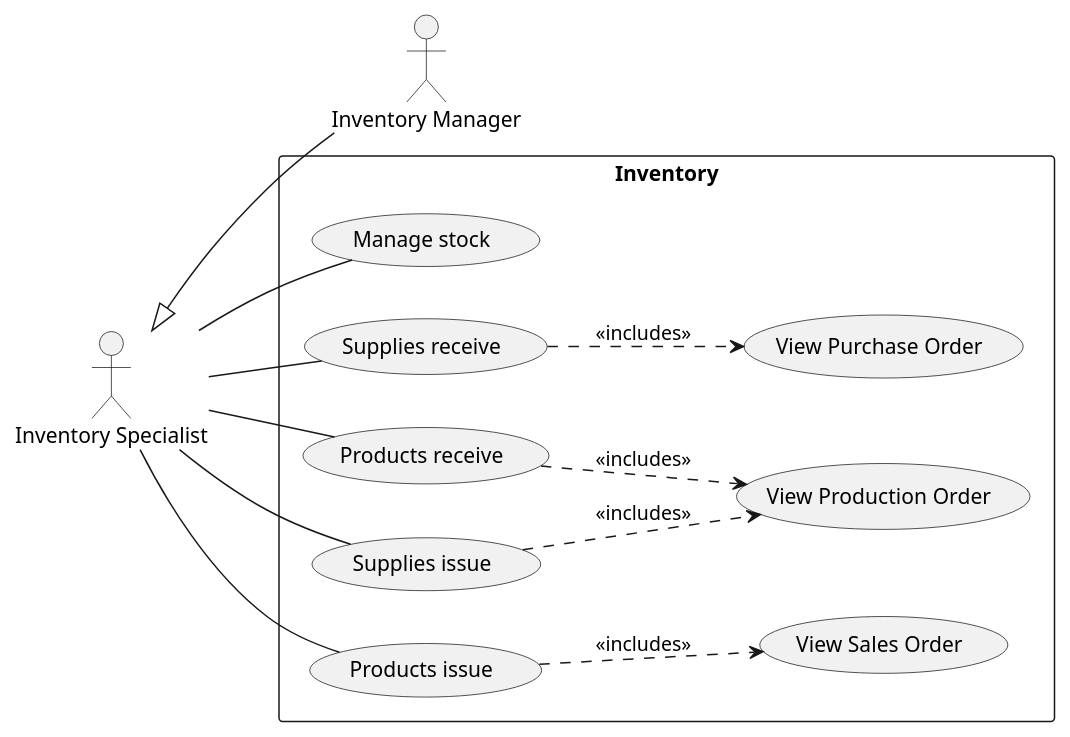
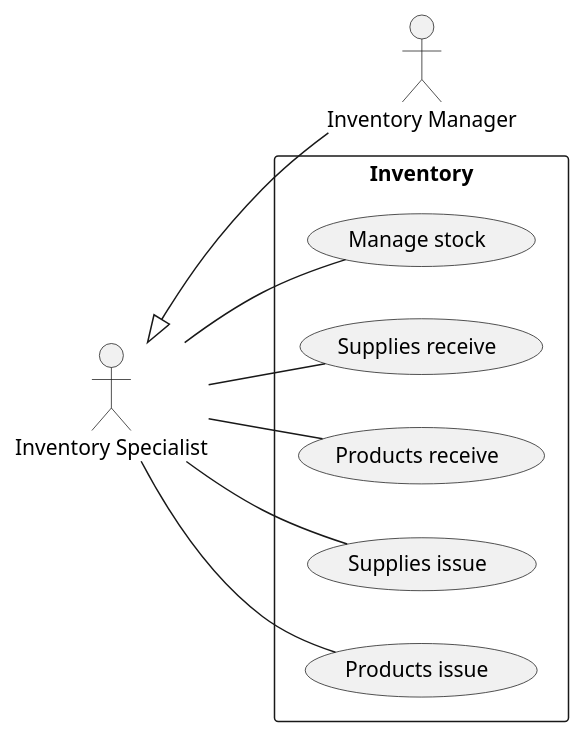
The diagram in use-cases/inventory.plantuml (phihungha/scmss-reqs), drawn with PlantUML before and after one commit. The commit also changed 1 other file, not shown here.

```diff
--- a/use-cases/inventory.plantuml
+++ b/use-cases/inventory.plantuml
@@ -1,21 +1,15 @@
 @startuml inventory
 left to right direction
 
 :Inventory Manager: as im
 :Inventory Specialist: as is
 is <|-- im
 
 rectangle Inventory {
     is -- (Manage stock)
-
     is -- (Supplies receive)
-    (Supplies receive) ..> (View Purchase Order) : <<includes>>
     is -- (Products receive)
-    (Products receive) ..> (View Production Order) : <<includes>>
-
     is -- (Supplies issue)
-    (Supplies issue) ..> (View Production Order) : <<includes>>
     is -- (Products issue)
-    (Products issue) ..> (View Sales Order) : <<includes>>
 }
 @enduml
```
